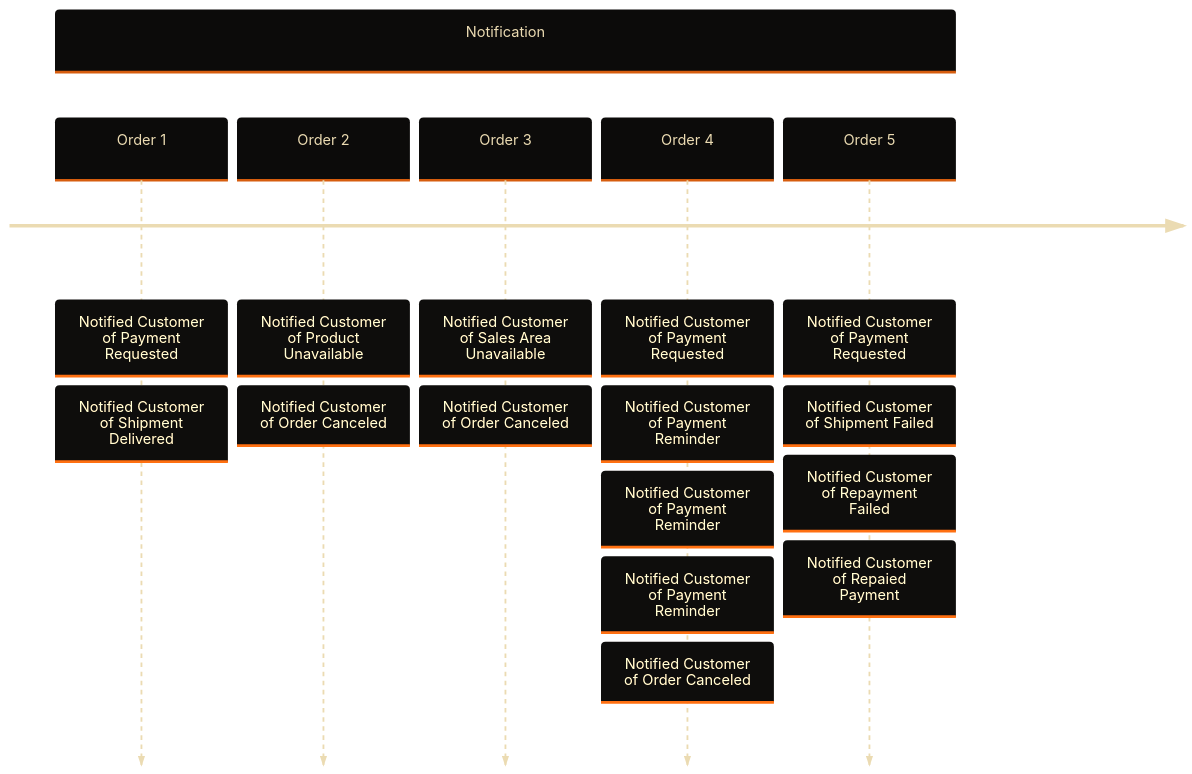
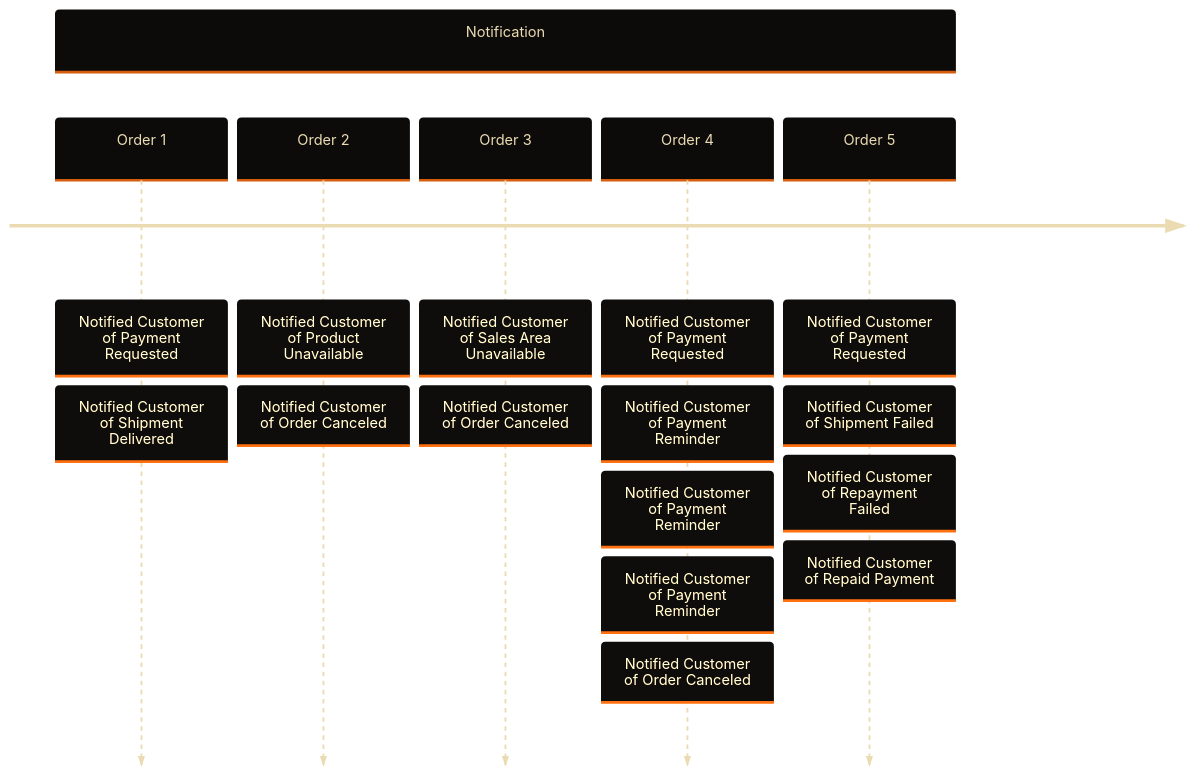
The ninth of 10 diagrams in 2.core-architecture-principles.md (superhero/handbook), drawn with Mermaid before and after one commit. The commit also changed other lines of this file and 1 other file, not shown here.

````diff
--- a/2.core-architecture-principles.md
+++ b/2.core-architecture-principles.md
@@ -858,22 +858,22 @@
 ```mermaid
 ---
 
 config:
     layout: elk
     theme: base
     themeVariables:
         fontFamily: "monospace"
         primaryColor: "#504945"
         primaryTextColor: "#EBDBB2"
         cScaleInv0: '#D65D0E'
 
 ---
 
 timeline
     section Notification
         Order 1 : Notified Customer of Payment Requested : Notified Customer of Shipment Delivered
         Order 2 : Notified Customer of Product Unavailable : Notified Customer of Order Canceled
         Order 3 : Notified Customer of Sales Area Unavailable : Notified Customer of Order Canceled
         Order 4 : Notified Customer of Payment Requested : Notified Customer of Payment Reminder : Notified Customer of Payment Reminder : Notified Customer of Payment Reminder : Notified Customer of Order Canceled
-        Order 5 : Notified Customer of Payment Requested : Notified Customer of Shipment Failed : Notified Customer of Repayment Failed : Notified Customer of Repaied Payment
+        Order 5 : Notified Customer of Payment Requested : Notified Customer of Shipment Failed : Notified Customer of Repayment Failed : Notified Customer of Repaid Payment
 ```
````
